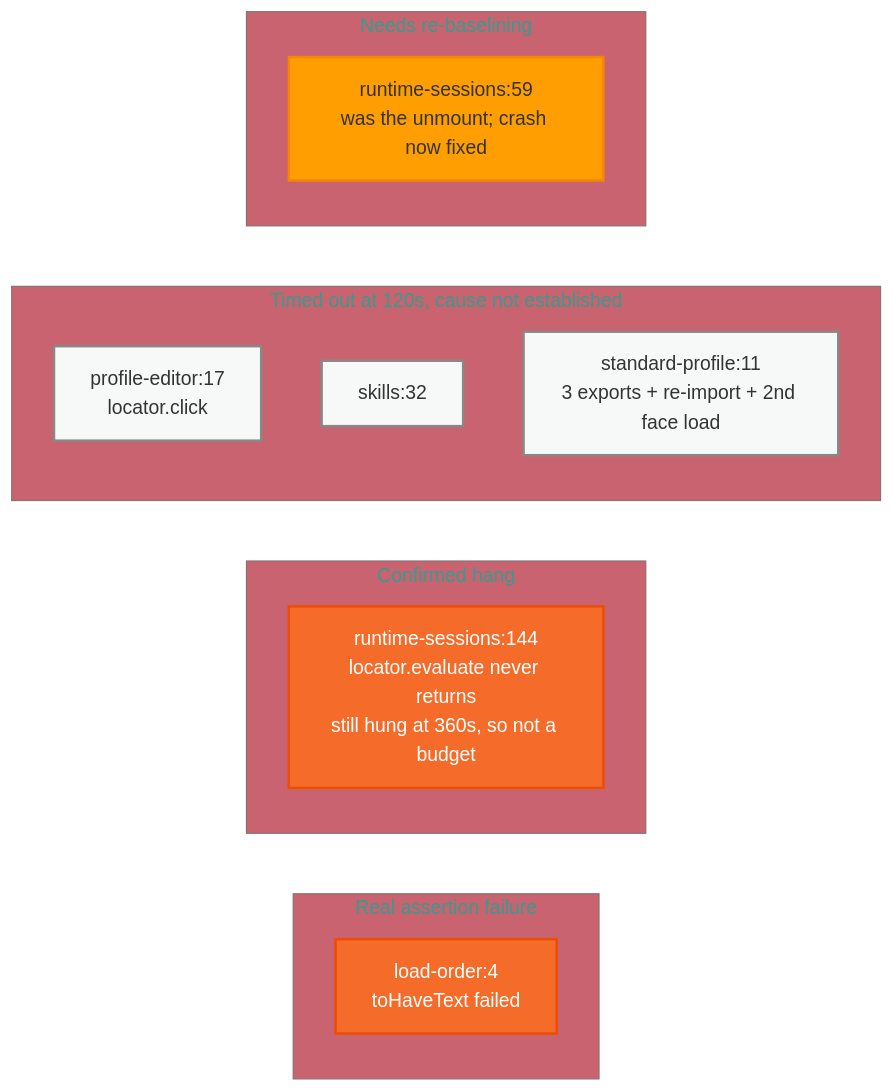
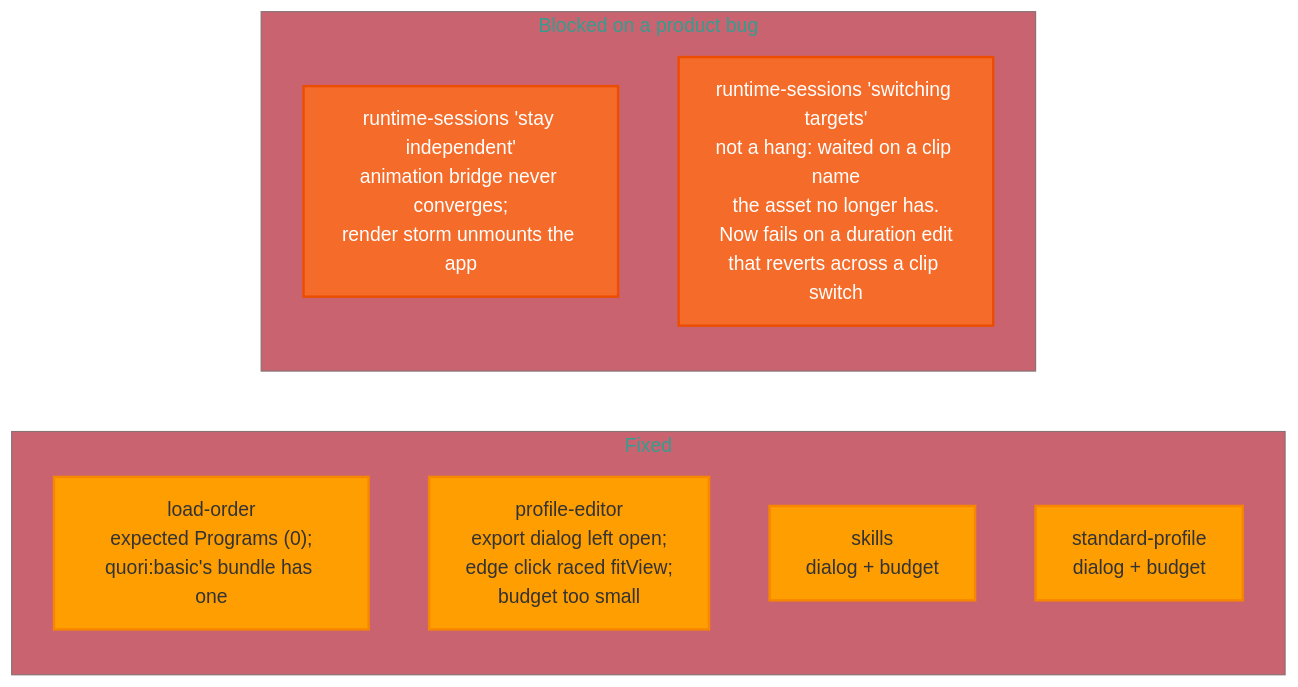
One commit to vizij-ai/vizij-web changed the second of 2 diagrams in apps/vizij-authoring/docs/references/e2e-workflow-failures.md. Above: the diagram before and after it, drawn with Mermaid. The commit also changed other lines of this file, not shown here.

````diff
--- a/apps/vizij-authoring/docs/references/e2e-workflow-failures.md
+++ b/apps/vizij-authoring/docs/references/e2e-workflow-failures.md
@@ -50,31 +52,25 @@
 ```mermaid
 %%{init: {"theme": "base", "themeVariables": {
   "fontFamily": "Questrial, sans-serif",
   "primaryColor": "#50C4B6", "primaryTextColor": "#FFFFFF",
   "primaryBorderColor": "#2AA499", "lineColor": "#555555",
   "textColor": "#333333", "background": "#FFFFFF"
 }}}%%
 flowchart LR
-  subgraph assertion["Real assertion failure"]
-    lo["load-order:4<br/>toHaveText failed"]:::secondary
+  subgraph fixed["Fixed"]
+    lo["load-order<br/>expected Programs (0);<br/>quori:basic's bundle has one"]:::highlight
+    pe["profile-editor<br/>export dialog left open;<br/>edge click raced fitView;<br/>budget too small"]:::highlight
+    sk["skills<br/>dialog + budget"]:::highlight
+    sp["standard-profile<br/>dialog + budget"]:::highlight
   end
 
-  subgraph hang["Confirmed hang"]
-    rs144["runtime-sessions:144<br/>locator.evaluate never returns<br/>still hung at 360s, so not a budget"]:::secondary
-  end
-
-  subgraph unknown["Timed out at 120s, cause not established"]
-    pe["profile-editor:17<br/>locator.click"]:::neutral
-    sk["skills:32"]:::neutral
-    sp["standard-profile:11<br/>3 exports + re-import + 2nd face load"]:::neutral
-  end
-
-  subgraph rebase["Needs re-baselining"]
-    rs59["runtime-sessions:59<br/>was the unmount; crash now fixed"]:::highlight
+  subgraph product["Blocked on a product bug"]
+    rs59["runtime-sessions 'stay independent'<br/>animation bridge never converges;<br/>render storm unmounts the app"]:::secondary
+    rs144["runtime-sessions 'switching targets'<br/>not a hang: waited on a clip name<br/>the asset no longer has.<br/>Now fails on a duration edit<br/>that reverts across a clip switch"]:::secondary
   end
 
   classDef primary fill:#50C4B6,stroke:#2AA499,stroke-width:2px,color:#FFFFFF;
   classDef secondary fill:#F56B29,stroke:#EC4D00,stroke-width:2px,color:#FFFFFF;
   classDef highlight fill:#FF9E00,stroke:#F78600,stroke-width:2px,color:#333333;
   classDef neutral fill:#F7F8F8,stroke:#888888,stroke-width:2px,color:#333333;
 ```
````
